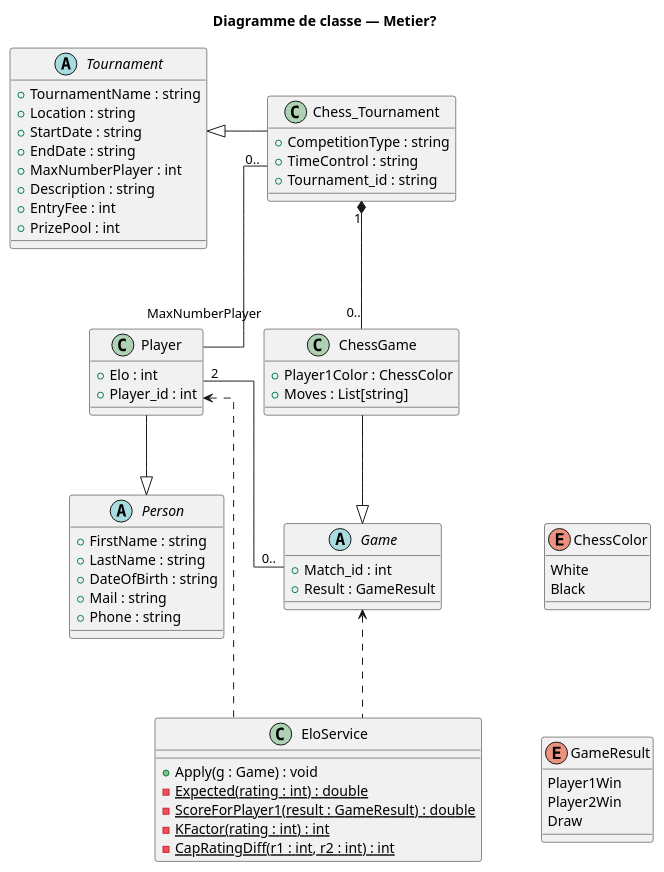
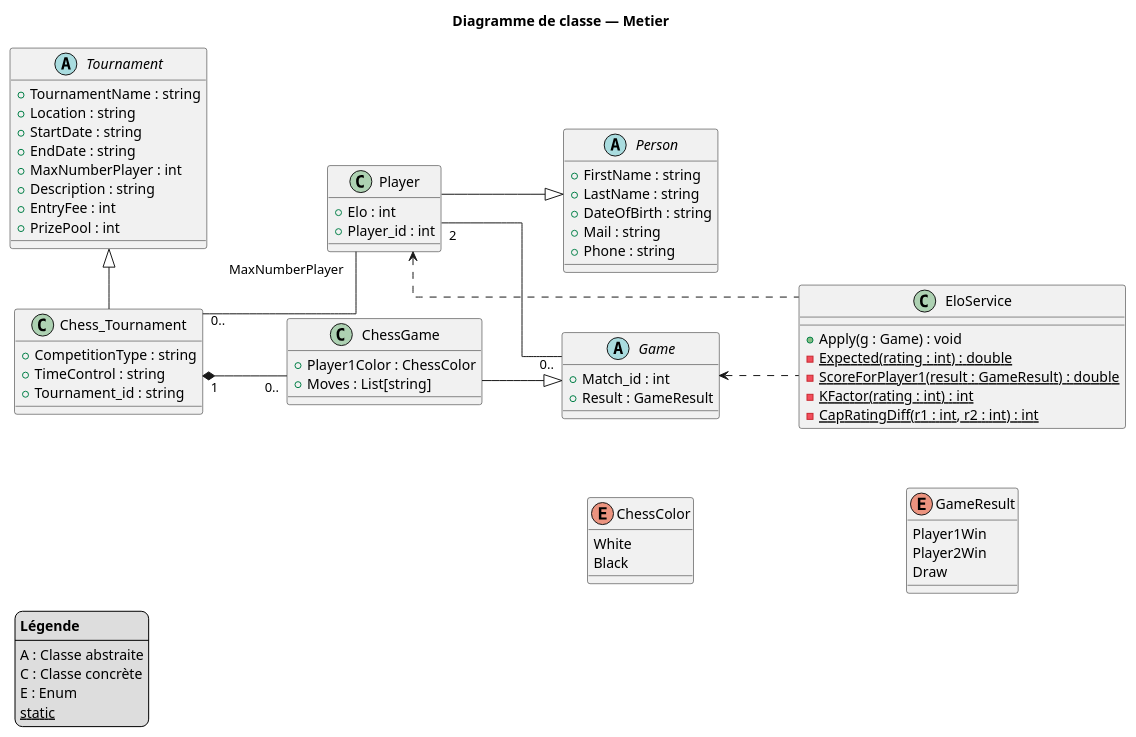
Before and after one commit to TariqKalai/PO3L--Chess-DB: the diagram in Class_diagram.puml, drawn with PlantUML. The commit also changed 7 other files, not shown here.

Commit message:
Readme commit + diagrams touch up

```diff
--- a/Class_diagram.puml
+++ b/Class_diagram.puml
@@ -1,114 +1,125 @@
 @startuml Class_diagram
-top to bottom direction
+left to right direction
 skinparam linetype ortho
 skinparam nodesep 60
 skinparam ranksep 80
 
-title Diagramme de classe — Metier?
+title Diagramme de classe — Metier
 
 
-' =======================
-' TOUTes les classes (metier?)
+' ----------------------------------------------
+' Toutes les classes (metier?)
 
 abstract class Person {
   + FirstName : string
   + LastName : string
   + DateOfBirth : string
   + Mail : string
   + Phone : string
 }
 
 class Player {
   + Elo : int
   + Player_id : int
 }
 
 enum GameResult {
   Player1Win
   Player2Win
   Draw
 }
 
 abstract class Game {
   + Match_id : int
   + Result : GameResult
 }
 
 enum ChessColor {
   White
   Black
 }
 
 
 class ChessGame {
   + Player1Color : ChessColor
   + Moves : List[string]
 }
 
 abstract class Tournament {
   + TournamentName : string
   + Location : string
   + StartDate : string
   + EndDate : string
   + MaxNumberPlayer : int
   + Description : string
   + EntryFee : int
   + PrizePool : int
 }
 
 class Chess_Tournament {
   + CompetitionType : string
   + TimeControl : string
   + Tournament_id : string
 }
 
 class EloService {
   + Apply(g : Game) : void
   - {static} Expected(rating : int) : double
   - {static} ScoreForPlayer1(result : GameResult) : double
   - {static} KFactor(rating : int) : int
   - {static} CapRatingDiff(r1 : int, r2 : int) : int
 }
 
 ' ---------------------------------------------------------------
 ' Inheritance (HERITAGE)
 Person <|-up- Player
 Game <|-up- ChessGame
 Tournament <|-right- Chess_Tournament
 
 ' ---------------------------------------------------------------
 ' Associations 
 ' Les vies des objets ne sont pas dépendantes
 ' Une partie a exactement 2 joueurs, et un joueur peut jouer 0 a .. parties
 Game  "0.." -- "2" Player 
 
 
 ' Inscriptions: un tournoi a des joueurs inscrits, un joueur peut participer à
 '  plusieurs tournois et dans un tournoi il y a MaxnumberPlayer de joueur
 Chess_Tournament "0.." -- "MaxNumberPlayer"  Player 
 
 ' ------------------------------------------------------------------------------------
 'compostion
 
 ' Un tournoi contient des parties, une partie appartient à un tournoi 
 ' Une partie ne peut exister sans tournoi
 ' il y a 0.. game par tournoi
 Chess_Tournament "1" *-- "0.." ChessGame 
 
 
 '-------------------------------------------------------------------------------------
 'Dependance
 ' Le service ELO agit sur des parties et met à jour les joueurs
 ' elle depend de Player et de Game donc c est une dependance
 EloService .up.> Game
 EloService .up.> Player
 
 
 
 Player -[hidden]right- ChessGame
 Player -[hidden]up- Tournament
 
+Chess_Tournament -[hidden]right- ChessGame
+
 GameResult -[hidden]left- EloService
 GameResult -[hidden]up- ChessColor
 
+legend left
+<b>Légende</b>
+----
+A : Classe abstraite
+C : Classe concrète
+E : Enum
+<u>static</u>
+endlegend
+
 @enduml
```
